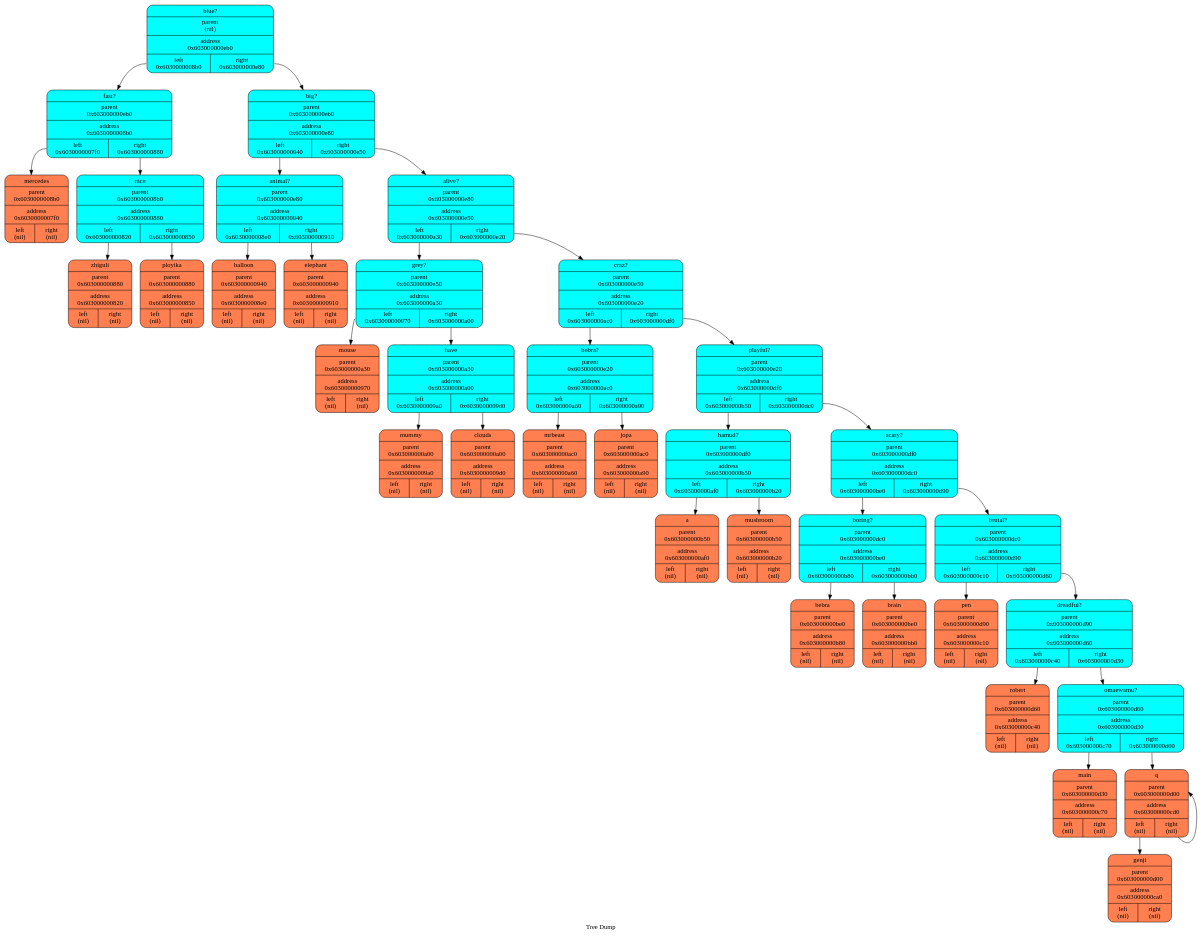
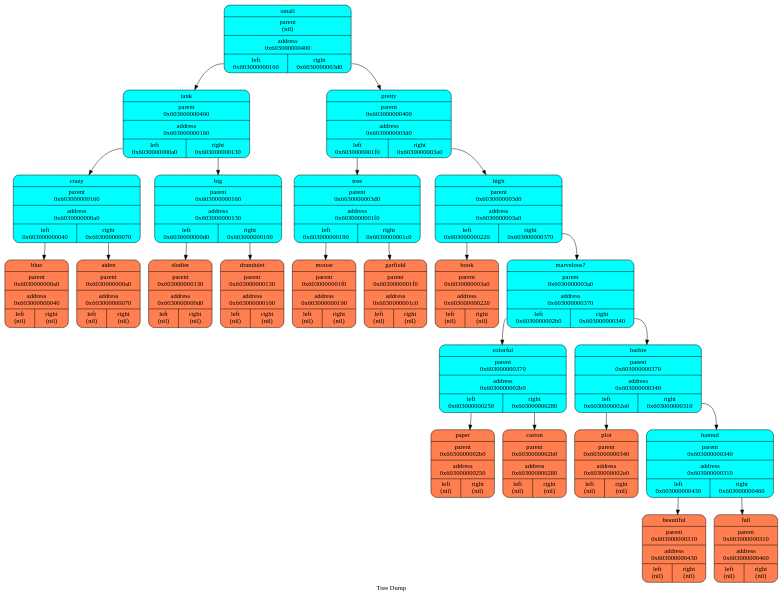
The diagram in log/dot/treegraph_0.dot (aidenfmunro/Akinator), drawn with Graphviz before and after one commit. The commit also changed 8 other files, not shown here.

```diff
--- a/log/dot/treegraph_0.dot
+++ b/log/dot/treegraph_0.dot
@@ -1,79 +1,51 @@
   digraph tree  {
   node[   shape     = "Mrecord",  style     = "filled",  fillcolor = "aqua",  fontcolor = "#000000",  margin    = "0.075"];
   rankdir   = "TB";
 
   label     = "Tree Dump";
- "blue?" [shape = "Mrecord", label = "{<name>blue? | parent\n(nil) | <f0> address\n0x603000000eb0| {<left>left\n0x6030000008b0 | <right>right\n0x603000000e80\n}}"];
-  "blue?":left->"fast?";
- "fast?" [shape = "Mrecord", label = "{<name>fast? | parent\n0x603000000eb0 | <f0> address\n0x6030000008b0| {<left>left\n0x6030000007f0 | <right>right\n0x603000000880\n}}"];
-  "fast?":left->"mercedes";
- "mercedes" [shape = "Mrecord", fillcolor = "coral", label = "{<name>mercedes | parent\n0x6030000008b0 | <f0> address\n0x6030000007f0| {<left>left\n(nil) | <right>right\n(nil)\n}}"];
-  "fast?":right->"nice";
- "nice" [shape = "Mrecord", label = "{<name>nice | parent\n0x6030000008b0 | <f0> address\n0x603000000880| {<left>left\n0x603000000820 | <right>right\n0x603000000850\n}}"];
-  "nice":left->"zhiguli";
- "zhiguli" [shape = "Mrecord", fillcolor = "coral", label = "{<name>zhiguli | parent\n0x603000000880 | <f0> address\n0x603000000820| {<left>left\n(nil) | <right>right\n(nil)\n}}"];
-  "nice":right->"ployika";
- "ployika" [shape = "Mrecord", fillcolor = "coral", label = "{<name>ployika | parent\n0x603000000880 | <f0> address\n0x603000000850| {<left>left\n(nil) | <right>right\n(nil)\n}}"];
-  "blue?":right->"big?";
- "big?" [shape = "Mrecord", label = "{<name>big? | parent\n0x603000000eb0 | <f0> address\n0x603000000e80| {<left>left\n0x603000000940 | <right>right\n0x603000000e50\n}}"];
-  "big?":left->"animal?";
- "animal?" [shape = "Mrecord", label = "{<name>animal? | parent\n0x603000000e80 | <f0> address\n0x603000000940| {<left>left\n0x6030000008e0 | <right>right\n0x603000000910\n}}"];
-  "animal?":left->"balloon";
- "balloon" [shape = "Mrecord", fillcolor = "coral", label = "{<name>balloon | parent\n0x603000000940 | <f0> address\n0x6030000008e0| {<left>left\n(nil) | <right>right\n(nil)\n}}"];
-  "animal?":right->"elephant";
- "elephant" [shape = "Mrecord", fillcolor = "coral", label = "{<name>elephant | parent\n0x603000000940 | <f0> address\n0x603000000910| {<left>left\n(nil) | <right>right\n(nil)\n}}"];
-  "big?":right->"alive?";
- "alive?" [shape = "Mrecord", label = "{<name>alive? | parent\n0x603000000e80 | <f0> address\n0x603000000e50| {<left>left\n0x603000000a30 | <right>right\n0x603000000e20\n}}"];
-  "alive?":left->"grey?";
- "grey?" [shape = "Mrecord", label = "{<name>grey? | parent\n0x603000000e50 | <f0> address\n0x603000000a30| {<left>left\n0x603000000970 | <right>right\n0x603000000a00\n}}"];
-  "grey?":left->"mouse";
- "mouse" [shape = "Mrecord", fillcolor = "coral", label = "{<name>mouse | parent\n0x603000000a30 | <f0> address\n0x603000000970| {<left>left\n(nil) | <right>right\n(nil)\n}}"];
-  "grey?":right->"have";
- "have" [shape = "Mrecord", label = "{<name>have | parent\n0x603000000a30 | <f0> address\n0x603000000a00| {<left>left\n0x6030000009a0 | <right>right\n0x6030000009d0\n}}"];
-  "have":left->"mummy";
- "mummy" [shape = "Mrecord", fillcolor = "coral", label = "{<name>mummy | parent\n0x603000000a00 | <f0> address\n0x6030000009a0| {<left>left\n(nil) | <right>right\n(nil)\n}}"];
-  "have":right->"clouds";
- "clouds" [shape = "Mrecord", fillcolor = "coral", label = "{<name>clouds | parent\n0x603000000a00 | <f0> address\n0x6030000009d0| {<left>left\n(nil) | <right>right\n(nil)\n}}"];
-  "alive?":right->"craz?";
- "craz?" [shape = "Mrecord", label = "{<name>craz? | parent\n0x603000000e50 | <f0> address\n0x603000000e20| {<left>left\n0x603000000ac0 | <right>right\n0x603000000df0\n}}"];
-  "craz?":left->"bebra?";
- "bebra?" [shape = "Mrecord", label = "{<name>bebra? | parent\n0x603000000e20 | <f0> address\n0x603000000ac0| {<left>left\n0x603000000a60 | <right>right\n0x603000000a90\n}}"];
-  "bebra?":left->"mrbeast";
- "mrbeast" [shape = "Mrecord", fillcolor = "coral", label = "{<name>mrbeast | parent\n0x603000000ac0 | <f0> address\n0x603000000a60| {<left>left\n(nil) | <right>right\n(nil)\n}}"];
-  "bebra?":right->"jopa";
- "jopa" [shape = "Mrecord", fillcolor = "coral", label = "{<name>jopa | parent\n0x603000000ac0 | <f0> address\n0x603000000a90| {<left>left\n(nil) | <right>right\n(nil)\n}}"];
-  "craz?":right->"playful?";
- "playful?" [shape = "Mrecord", label = "{<name>playful? | parent\n0x603000000e20 | <f0> address\n0x603000000df0| {<left>left\n0x603000000b50 | <right>right\n0x603000000dc0\n}}"];
-  "playful?":left->"hamud?";
- "hamud?" [shape = "Mrecord", label = "{<name>hamud? | parent\n0x603000000df0 | <f0> address\n0x603000000b50| {<left>left\n0x603000000af0 | <right>right\n0x603000000b20\n}}"];
-  "hamud?":left->"a";
- "a" [shape = "Mrecord", fillcolor = "coral", label = "{<name>a | parent\n0x603000000b50 | <f0> address\n0x603000000af0| {<left>left\n(nil) | <right>right\n(nil)\n}}"];
-  "hamud?":right->"mushroom";
- "mushroom" [shape = "Mrecord", fillcolor = "coral", label = "{<name>mushroom | parent\n0x603000000b50 | <f0> address\n0x603000000b20| {<left>left\n(nil) | <right>right\n(nil)\n}}"];
-  "playful?":right->"scary?";
- "scary?" [shape = "Mrecord", label = "{<name>scary? | parent\n0x603000000df0 | <f0> address\n0x603000000dc0| {<left>left\n0x603000000be0 | <right>right\n0x603000000d90\n}}"];
-  "scary?":left->"boring?";
- "boring?" [shape = "Mrecord", label = "{<name>boring? | parent\n0x603000000dc0 | <f0> address\n0x603000000be0| {<left>left\n0x603000000b80 | <right>right\n0x603000000bb0\n}}"];
-  "boring?":left->"bebra";
- "bebra" [shape = "Mrecord", fillcolor = "coral", label = "{<name>bebra | parent\n0x603000000be0 | <f0> address\n0x603000000b80| {<left>left\n(nil) | <right>right\n(nil)\n}}"];
-  "boring?":right->"brain";
- "brain" [shape = "Mrecord", fillcolor = "coral", label = "{<name>brain | parent\n0x603000000be0 | <f0> address\n0x603000000bb0| {<left>left\n(nil) | <right>right\n(nil)\n}}"];
-  "scary?":right->"brutal?";
- "brutal?" [shape = "Mrecord", label = "{<name>brutal? | parent\n0x603000000dc0 | <f0> address\n0x603000000d90| {<left>left\n0x603000000c10 | <right>right\n0x603000000d60\n}}"];
-  "brutal?":left->"pen";
- "pen" [shape = "Mrecord", fillcolor = "coral", label = "{<name>pen | parent\n0x603000000d90 | <f0> address\n0x603000000c10| {<left>left\n(nil) | <right>right\n(nil)\n}}"];
-  "brutal?":right->"dreadful?";
- "dreadful?" [shape = "Mrecord", label = "{<name>dreadful? | parent\n0x603000000d90 | <f0> address\n0x603000000d60| {<left>left\n0x603000000c40 | <right>right\n0x603000000d30\n}}"];
-  "dreadful?":left->"robert";
- "robert" [shape = "Mrecord", fillcolor = "coral", label = "{<name>robert | parent\n0x603000000d60 | <f0> address\n0x603000000c40| {<left>left\n(nil) | <right>right\n(nil)\n}}"];
-  "dreadful?":right->"omaewamu?";
- "omaewamu?" [shape = "Mrecord", label = "{<name>omaewamu? | parent\n0x603000000d60 | <f0> address\n0x603000000d30| {<left>left\n0x603000000c70 | <right>right\n0x603000000d00\n}}"];
-  "omaewamu?":left->"main";
- "main" [shape = "Mrecord", fillcolor = "coral", label = "{<name>main | parent\n0x603000000d30 | <f0> address\n0x603000000c70| {<left>left\n(nil) | <right>right\n(nil)\n}}"];
-  "omaewamu?":right->"q";
- "q" [shape = "Mrecord", label = "{<name>q | parent\n0x603000000d30 | <f0> address\n0x603000000d00| {<left>left\n0x603000000ca0 | <right>right\n0x603000000cd0\n}}"];
-  "q":left->"genji";
- "genji" [shape = "Mrecord", fillcolor = "coral", label = "{<name>genji | parent\n0x603000000d00 | <f0> address\n0x603000000ca0| {<left>left\n(nil) | <right>right\n(nil)\n}}"];
-  "q":right->"q";
- "q" [shape = "Mrecord", fillcolor = "coral", label = "{<name>q | parent\n0x603000000d00 | <f0> address\n0x603000000cd0| {<left>left\n(nil) | <right>right\n(nil)\n}}"];
+ "small" [shape = "Mrecord", label = "{<name>small | parent\n(nil) | <f0> address\n0x603000000400| {<left>left\n0x603000000160 | <right>right\n0x6030000003d0\n}}"];
+  "small":left->"tank";
+ "tank" [shape = "Mrecord", label = "{<name>tank | parent\n0x603000000400 | <f0> address\n0x603000000160| {<left>left\n0x6030000000a0 | <right>right\n0x603000000130\n}}"];
+  "tank":left->"crazy";
+ "crazy" [shape = "Mrecord", label = "{<name>crazy | parent\n0x603000000160 | <f0> address\n0x6030000000a0| {<left>left\n0x603000000040 | <right>right\n0x603000000070\n}}"];
+  "crazy":left->"blue";
+ "blue" [shape = "Mrecord", fillcolor = "coral", label = "{<name>blue | parent\n0x6030000000a0 | <f0> address\n0x603000000040| {<left>left\n(nil) | <right>right\n(nil)\n}}"];
+  "crazy":right->"aiden";
+ "aiden" [shape = "Mrecord", fillcolor = "coral", label = "{<name>aiden | parent\n0x6030000000a0 | <f0> address\n0x603000000070| {<left>left\n(nil) | <right>right\n(nil)\n}}"];
+  "tank":right->"big";
+ "big" [shape = "Mrecord", label = "{<name>big | parent\n0x603000000160 | <f0> address\n0x603000000130| {<left>left\n0x6030000000d0 | <right>right\n0x603000000100\n}}"];
+  "big":left->"slodier";
+ "slodier" [shape = "Mrecord", fillcolor = "coral", label = "{<name>slodier | parent\n0x603000000130 | <f0> address\n0x6030000000d0| {<left>left\n(nil) | <right>right\n(nil)\n}}"];
+  "big":right->"drandulet";
+ "drandulet" [shape = "Mrecord", fillcolor = "coral", label = "{<name>drandulet | parent\n0x603000000130 | <f0> address\n0x603000000100| {<left>left\n(nil) | <right>right\n(nil)\n}}"];
+  "small":right->"pretty";
+ "pretty" [shape = "Mrecord", label = "{<name>pretty | parent\n0x603000000400 | <f0> address\n0x6030000003d0| {<left>left\n0x6030000001f0 | <right>right\n0x6030000003a0\n}}"];
+  "pretty":left->"tree";
+ "tree" [shape = "Mrecord", label = "{<name>tree | parent\n0x6030000003d0 | <f0> address\n0x6030000001f0| {<left>left\n0x603000000190 | <right>right\n0x6030000001c0\n}}"];
+  "tree":left->"mouse";
+ "mouse" [shape = "Mrecord", fillcolor = "coral", label = "{<name>mouse | parent\n0x6030000001f0 | <f0> address\n0x603000000190| {<left>left\n(nil) | <right>right\n(nil)\n}}"];
+  "tree":right->"garfield";
+ "garfield" [shape = "Mrecord", fillcolor = "coral", label = "{<name>garfield | parent\n0x6030000001f0 | <f0> address\n0x6030000001c0| {<left>left\n(nil) | <right>right\n(nil)\n}}"];
+  "pretty":right->"high";
+ "high" [shape = "Mrecord", label = "{<name>high | parent\n0x6030000003d0 | <f0> address\n0x6030000003a0| {<left>left\n0x603000000220 | <right>right\n0x603000000370\n}}"];
+  "high":left->"book";
+ "book" [shape = "Mrecord", fillcolor = "coral", label = "{<name>book | parent\n0x6030000003a0 | <f0> address\n0x603000000220| {<left>left\n(nil) | <right>right\n(nil)\n}}"];
+  "high":right->"marvelous?";
+ "marvelous?" [shape = "Mrecord", label = "{<name>marvelous? | parent\n0x6030000003a0 | <f0> address\n0x603000000370| {<left>left\n0x6030000002b0 | <right>right\n0x603000000340\n}}"];
+  "marvelous?":left->"colorful";
+ "colorful" [shape = "Mrecord", label = "{<name>colorful | parent\n0x603000000370 | <f0> address\n0x6030000002b0| {<left>left\n0x603000000250 | <right>right\n0x603000000280\n}}"];
+  "colorful":left->"paper";
+ "paper" [shape = "Mrecord", fillcolor = "coral", label = "{<name>paper | parent\n0x6030000002b0 | <f0> address\n0x603000000250| {<left>left\n(nil) | <right>right\n(nil)\n}}"];
+  "colorful":right->"carton";
+ "carton" [shape = "Mrecord", fillcolor = "coral", label = "{<name>carton | parent\n0x6030000002b0 | <f0> address\n0x603000000280| {<left>left\n(nil) | <right>right\n(nil)\n}}"];
+  "marvelous?":right->"barbie";
+ "barbie" [shape = "Mrecord", label = "{<name>barbie | parent\n0x603000000370 | <f0> address\n0x603000000340| {<left>left\n0x6030000002e0 | <right>right\n0x603000000310\n}}"];
+  "barbie":left->"plot";
+ "plot" [shape = "Mrecord", fillcolor = "coral", label = "{<name>plot | parent\n0x603000000340 | <f0> address\n0x6030000002e0| {<left>left\n(nil) | <right>right\n(nil)\n}}"];
+  "barbie":right->"hamud";
+ "hamud" [shape = "Mrecord", label = "{<name>hamud | parent\n0x603000000340 | <f0> address\n0x603000000310| {<left>left\n0x603000000430 | <right>right\n0x603000000460\n}}"];
+  "hamud":left->"beautiful";
+ "beautiful" [shape = "Mrecord", fillcolor = "coral", label = "{<name>beautiful | parent\n0x603000000310 | <f0> address\n0x603000000430| {<left>left\n(nil) | <right>right\n(nil)\n}}"];
+  "hamud":right->"full";
+ "full" [shape = "Mrecord", fillcolor = "coral", label = "{<name>full | parent\n0x603000000310 | <f0> address\n0x603000000460| {<left>left\n(nil) | <right>right\n(nil)\n}}"];
   }
```
